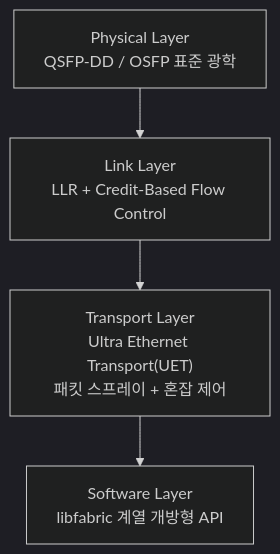
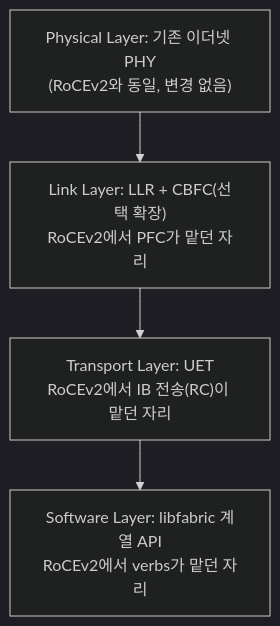
The first of 2 diagrams in content/collection/optimization-10-network/14-ultra-ethernet-consortium/index.md (42jerrykim/42jerrykim.github.io), drawn with Mermaid (dark theme) before and after one commit. The commit also changed other lines of this file and 1 other file, not shown here.

First line of the commit message:
feat: optimization-10-network/14-ultra-ethernet-consortium post-quality-loop 채점 완료 (100점, 통과)

````diff
--- a/content/collection/optimization-10-network/14-ultra-ethernet-consortium/index.md
+++ b/content/collection/optimization-10-network/14-ultra-ethernet-consortium/index.md
@@ -76,8 +72,8 @@
 ```mermaid
 flowchart TD
-  phy["Physical Layer</br>QSFP-DD / OSFP 표준 광학"]
-  link["Link Layer</br>LLR + Credit-Based Flow Control"]
-  transport["Transport Layer</br>Ultra Ethernet Transport(UET)</br>패킷 스프레이 + 혼잡 제어"]
-  software["Software Layer</br>libfabric 계열 개방형 API"]
+  phy["Physical Layer: 기존 이더넷 PHY</br>(RoCEv2와 동일, 변경 없음)"]
+  link["Link Layer: LLR + CBFC(선택 확장)</br>RoCEv2에서 PFC가 맡던 자리"]
+  transport["Transport Layer: UET</br>RoCEv2에서 IB 전송(RC)이 맡던 자리"]
+  software["Software Layer: libfabric 계열 API</br>RoCEv2에서 verbs가 맡던 자리"]
   phy --> link --> transport --> software
 ```
````
